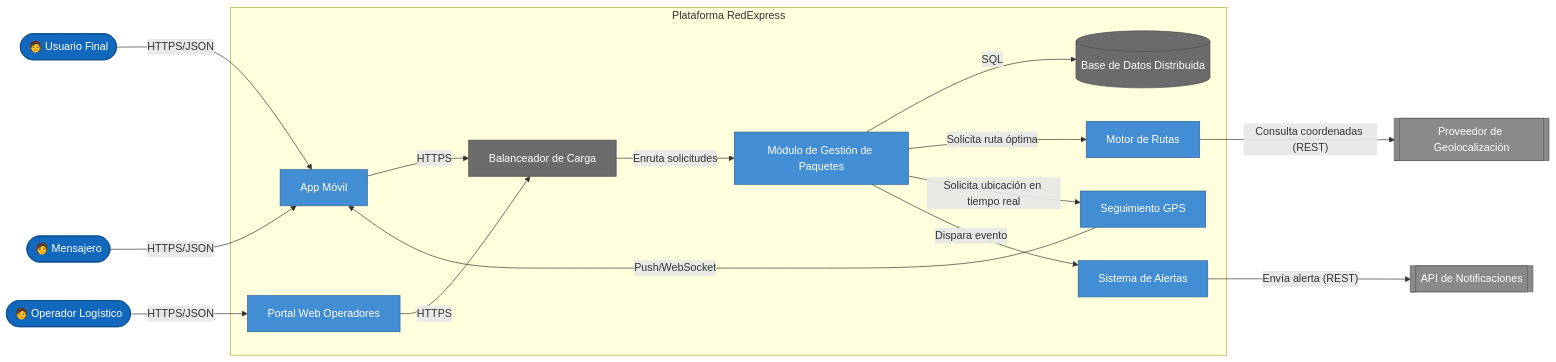
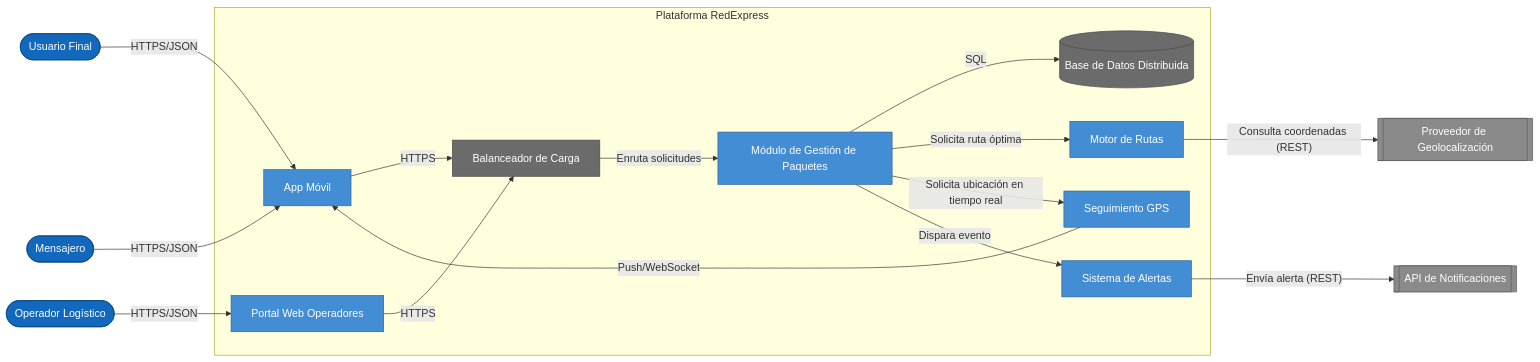
One commit to CesarAVegaF312/AREM-Taller_3_Arquitectura_C4 changed the tenth of 11 diagrams in clase/guia_paso_a_paso_c4.md. Above: the diagram before and after it, drawn with Mermaid. The commit also changed other lines of this file and 4 other files, not shown here.

````diff
--- a/clase/guia_paso_a_paso_c4.md
+++ b/clase/guia_paso_a_paso_c4.md
@@ -257,42 +257,42 @@
 ```mermaid
 flowchart LR
-    usuario(["🧑 Usuario Final"])
-    mensajero(["🧑 Mensajero"])
-    operador(["🧑 Operador Logístico"])
+    usuario(["Usuario Final"])
+    mensajero(["Mensajero"])
+    operador(["Operador Logístico"])
     notif[["API de Notificaciones"]]
     geo[["Proveedor de Geolocalización"]]
 
     subgraph redexpress["Plataforma RedExpress"]
         appmovil["App Móvil"]
         webop["Portal Web Operadores"]
         lb["Balanceador de Carga"]
         gestion["Módulo de Gestión de Paquetes"]
         rutas["Motor de Rutas"]
         gps["Seguimiento GPS"]
         alertas["Sistema de Alertas"]
         db[("Base de Datos Distribuida")]
     end
 
     usuario -->|"HTTPS/JSON"| appmovil
     mensajero -->|"HTTPS/JSON"| appmovil
     operador -->|"HTTPS/JSON"| webop
     appmovil -->|"HTTPS"| lb
     webop -->|"HTTPS"| lb
     lb -->|"Enruta solicitudes"| gestion
     gestion -->|"SQL"| db
     gestion -->|"Solicita ruta óptima"| rutas
     rutas -->|"Consulta coordenadas (REST)"| geo
     gestion -->|"Solicita ubicación en tiempo real"| gps
     gps -->|"Push/WebSocket"| appmovil
     gestion -->|"Dispara evento"| alertas
     alertas -->|"Envía alerta (REST)"| notif
 
     classDef person fill:#1168bd,color:#fff,stroke:#0b4884;
     classDef external fill:#8a8a8a,color:#fff,stroke:#5c5c5c;
     classDef container fill:#438dd5,color:#fff,stroke:#2e6295;
     classDef infra fill:#6b6b6b,color:#fff,stroke:#4a4a4a;
     class usuario,mensajero,operador person
     class notif,geo external
     class appmovil,webop,gestion,rutas,gps,alertas container
     class lb,db infra
 ```
````
